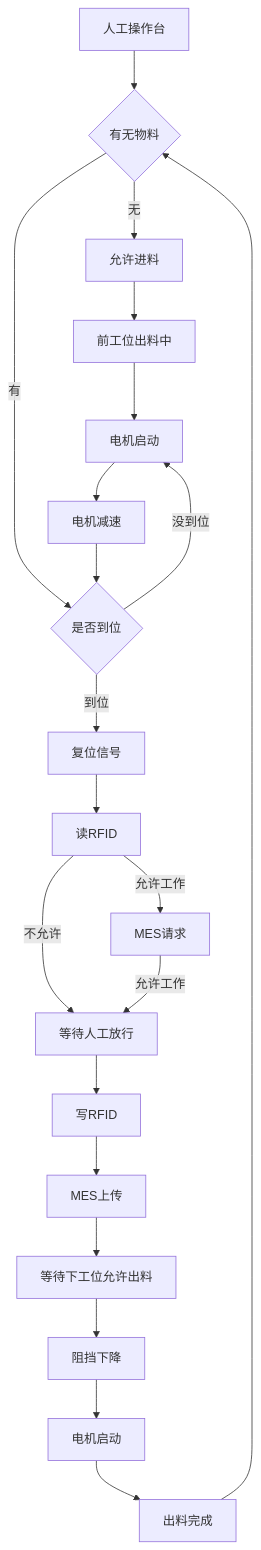
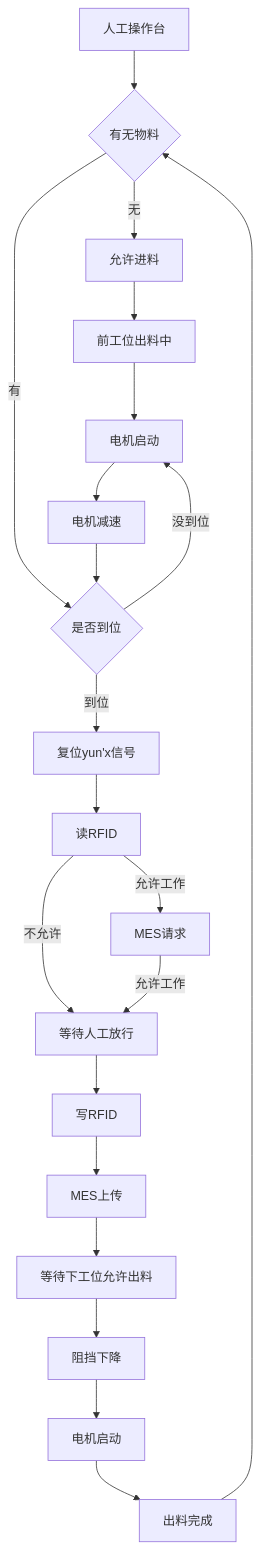
Before and after one commit to PengKun1/iodraw-files: the diagram in all/未命名-4.md, drawn with Mermaid.

Commit message:
2024-12-20 14:57:43 update

````diff
--- a/all/未命名-4.md
+++ b/all/未命名-4.md
@@ -1,24 +1,24 @@
 ```mermaid
 graph TD
 0[人工操作台]-->10
 10[阻挡伸出]
 10{有无物料}-->|无|20
 10-->|有|60
 20[允许进料]-->30
 30[前工位出料中]-->40
 40[电机启动]-->50
 50[电机减速]-->60
 60{是否到位}-->|到位|70
 60-->|没到位|40
-70[复位信号]-->80
+70[复位yun'x信号]-->80
 80[读RFID]-->|允许工作|90
 80-->|不允许|120
 90[MES请求]-->|允许工作|120
 120[等待人工放行]-->130
 130[写RFID]-->140
 140[MES上传]-->150
 150[等待下工位允许出料]-->160
 160[阻挡下降]-->170
 170[电机启动]-->180
 180[出料完成]-->10
 ```
````
